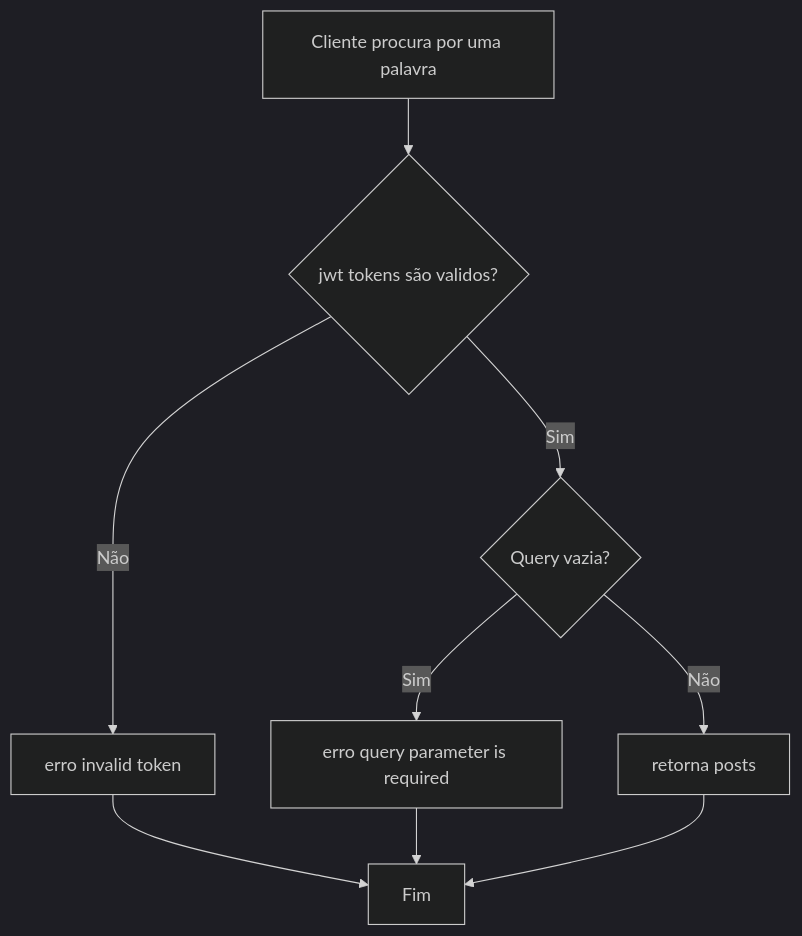
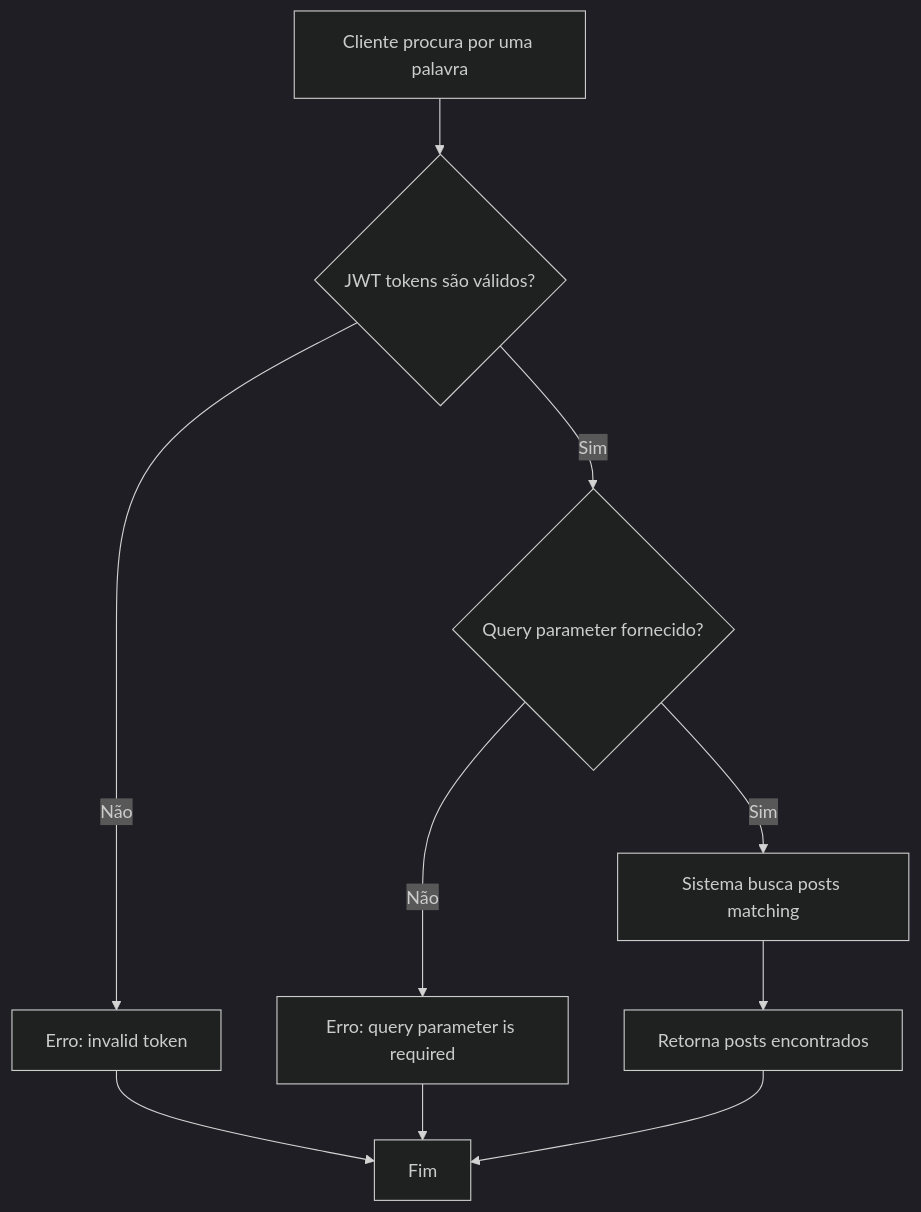
Before and after one commit to GabrHenr/BackEnd-TechPostSystem: the sixth of 9 diagrams in readme.md, drawn with Mermaid (dark theme). The commit also changed other lines of this file and 6 other files, not shown here.

````diff
--- a/readme.md
+++ b/readme.md
@@ -169,11 +284,12 @@
 ```mermaid
 flowchart TD
-    A[Cliente procura por uma palavra] --> B{jwt tokens são validos?}
-    B -->|Sim| C{Query vazia?}
-    B -->|Não| D[erro invalid token]
-    C -->|Sim| E[erro query parameter is required]
-    C -->|Não| F[retorna posts]
+    A[Cliente procura por uma palavra] --> B{JWT tokens são válidos?}
+    B -->|Sim| C{Query parameter fornecido?}
+    B -->|Não| D[Erro: invalid token]
+    C -->|Sim| F[Sistema busca posts matching]
+    C -->|Não| E[Erro: query parameter is required]
     D --> G[Fim]
     E --> G
-    F --> G
+    F --> H[Retorna posts encontrados]
+    H --> G
 ```
````
